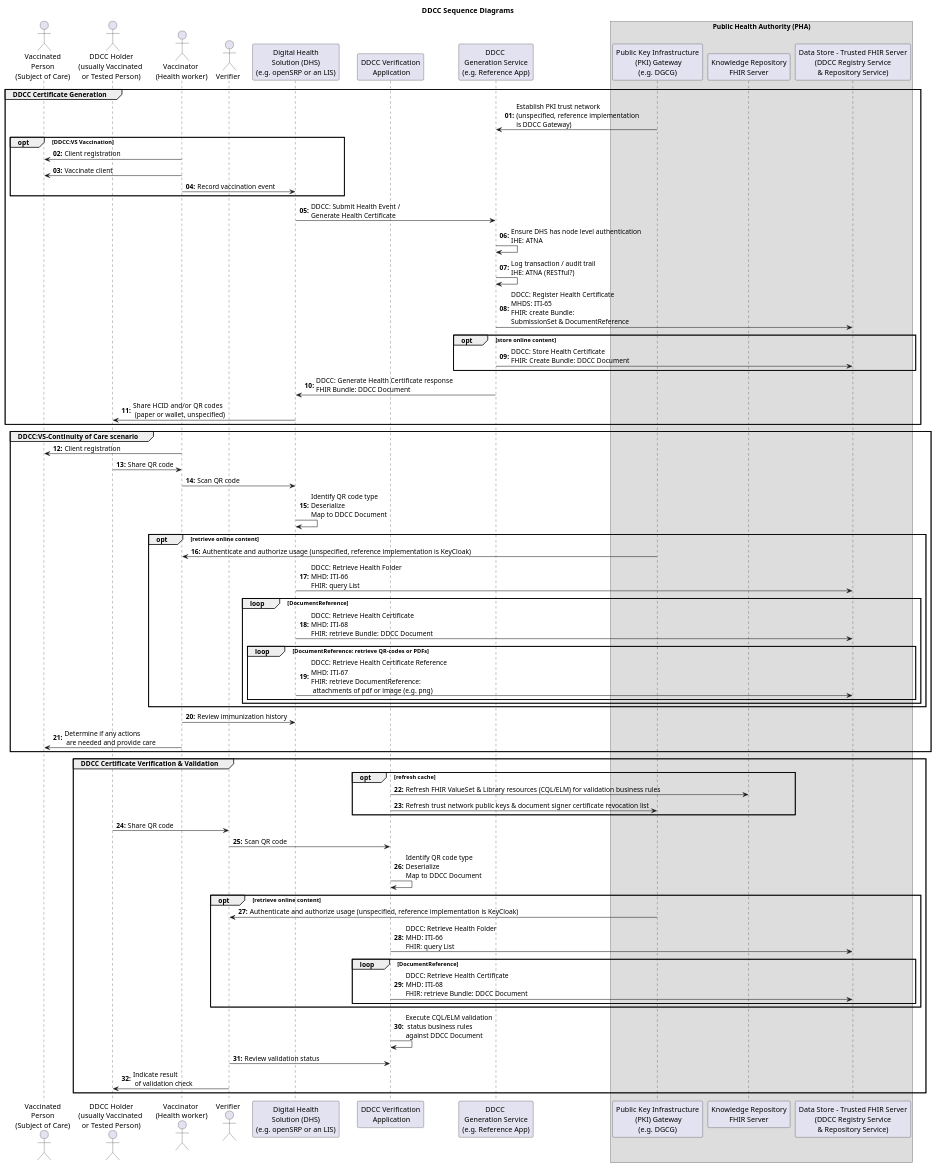
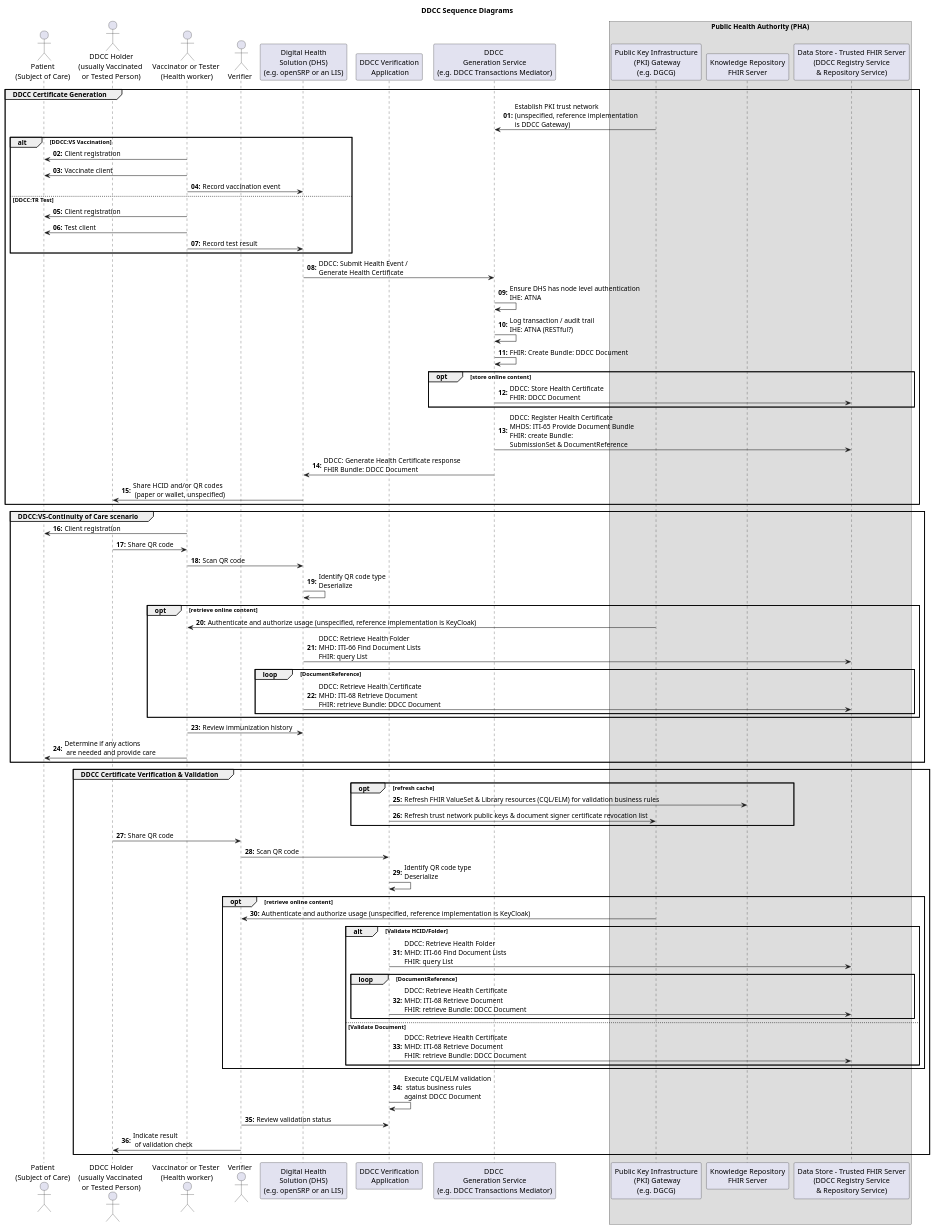
The diagram in input/images-source/workflows.plantuml (WorldHealthOrganization/ddcc), drawn with PlantUML before and after one commit.

Commit message:
Updated workflows uml.

```diff
--- a/input/images-source/workflows.plantuml
+++ b/input/images-source/workflows.plantuml
@@ -1,96 +1,102 @@
 @startuml
 skinparam svgDimensionStyle false
 
 title DDCC Sequence Diagrams
 
 
 
-actor "Vaccinated\nPerson\n(Subject of Care)" as VP
+actor "Patient\n(Subject of Care)" as VP
 actor "DDCC Holder\n(usually Vaccinated \nor Tested Person)" as DH
-actor "Vaccinator\n (Health worker)" as HW
+actor "Vaccinator or Tester\n (Health worker)" as HW
 actor "Verifier" as VER
 participant "Digital Health\nSolution (DHS)\n(e.g. openSRP or an LIS)" as DHS
 participant "DDCC Verification\n Application" as VAP
-participant "DDCC \nGeneration Service\n(e.g. Reference App)" as CGS
+participant "DDCC \nGeneration Service\n(e.g. DDCC Transactions Mediator)" as CGS
 
 box "Public Health Authority (PHA)"
 
    participant "Public Key Infrastructure\n (PKI) Gateway\n(e.g. DGCG)" as GATE
    participant "Knowledge Repository\nFHIR Server" as KM
    participant "Data Store - Trusted FHIR Server\n(DDCC Registry Service\n& Repository Service)"  as SHR
 end box
 
 autonumber "<b>00:</b>"
 
 group DDCC Certificate Generation
     GATE->CGS: Establish PKI trust network\n(unspecified, reference implementation\nis DDCC Gateway)
     
-    opt DDCC:VS Vaccination 
+    alt DDCC:VS Vaccination 
    	 HW->VP: Client registration
    	 HW->VP: Vaccinate client
-    	HW->DHS: Record vaccination event
+     HW->DHS: Record vaccination event
+    else DDCC:TR Test
+     HW->VP: Client registration
+     HW->VP: Test client
+     HW->DHS: Record test result
     end
     
     DHS->CGS: DDCC: Submit Health Event /\nGenerate Health Certificate
 
     CGS->CGS: Ensure DHS has node level authentication\nIHE: ATNA
     CGS->CGS: Log transaction / audit trail\nIHE: ATNA (RESTful?)
-    CGS->SHR: DDCC: Register Health Certificate\nMHDS: ITI-65\nFHIR: create Bundle: \nSubmissionSet & DocumentReference
+    CGS->CGS: FHIR: Create Bundle: DDCC Document
+    opt store online content
+         CGS->SHR: DDCC: Store Health Certificate\nFHIR: DDCC Document
+    end
+    CGS->SHR: DDCC: Register Health Certificate\nMHDS: ITI-65 Provide Document Bundle\nFHIR: create Bundle: \nSubmissionSet & DocumentReference
 
-    opt store online content
-         CGS->SHR: DDCC: Store Health Certificate\nFHIR: Create Bundle: DDCC Document
-    end
+
 
     CGS->DHS: DDCC: Generate Health Certificate response\nFHIR Bundle: DDCC Document
     DHS->DH: Share HCID and/or QR codes\n (paper or wallet, unspecified)
 end 
 
 group DDCC:VS-Continuity of Care scenario
     HW->VP: Client registration
     DH->HW: Share QR code
 
     HW->DHS: Scan QR code
-    DHS->DHS: Identify QR code type\nDeserialize\nMap to DDCC Document
+    DHS->DHS: Identify QR code type\nDeserialize
     opt  retrieve online content
         GATE->HW: Authenticate and authorize usage (unspecified, reference implementation is KeyCloak)
-        DHS->SHR: DDCC: Retrieve Health Folder\nMHD: ITI-66\nFHIR: query List
+        DHS->SHR: DDCC: Retrieve Health Folder\nMHD: ITI-66 Find Document Lists\nFHIR: query List
         loop DocumentReference
-           DHS->SHR: DDCC: Retrieve Health Certificate\nMHD: ITI-68\nFHIR: retrieve Bundle: DDCC Document
-           loop DocumentReference: retrieve QR-codes or PDFs
-               DHS->SHR: DDCC: Retrieve Health Certificate Reference\nMHD: ITI-67\nFHIR: retrieve DocumentReference:\n attachments of pdf or image (e.g. png)
-            end
+           DHS->SHR: DDCC: Retrieve Health Certificate\nMHD: ITI-68 Retrieve Document\nFHIR: retrieve Bundle: DDCC Document
         end
     end
     HW->DHS: Review immunization history
     HW->VP: Determine if any actions\n are needed and provide care
 end
 
 group DDCC Certificate Verification & Validation
 
     opt refresh cache
         VAP->KM: Refresh FHIR ValueSet & Library resources (CQL/ELM) for validation business rules
 	VAP->GATE: Refresh trust network public keys & document signer certificate revocation list
     end 
 
     DH->VER: Share QR code
     VER->VAP: Scan QR code
-    VAP->VAP: Identify QR code type\nDeserialize\nMap to DDCC Document
+    VAP->VAP: Identify QR code type\nDeserialize
 
     opt  retrieve online content
         GATE->VER: Authenticate and authorize usage (unspecified, reference implementation is KeyCloak)
-
-        VAP->SHR: DDCC: Retrieve Health Folder\nMHD: ITI-66\nFHIR: query List
-        loop DocumentReference
-           VAP->SHR: DDCC: Retrieve Health Certificate\nMHD: ITI-68\nFHIR: retrieve Bundle: DDCC Document
+        alt Validate HCID/Folder
+          VAP->SHR: DDCC: Retrieve Health Folder\nMHD: ITI-66 Find Document Lists\nFHIR: query List
+          loop DocumentReference
+            VAP->SHR: DDCC: Retrieve Health Certificate\nMHD: ITI-68 Retrieve Document\nFHIR: retrieve Bundle: DDCC Document
+          end
+        else Validate Document
+          VAP->SHR: DDCC: Retrieve Health Certificate\nMHD: ITI-68 Retrieve Document\nFHIR: retrieve Bundle: DDCC Document
         end
     end
 
     VAP->VAP: Execute CQL/ELM validation\n status business rules\nagainst DDCC Document
     VER->VAP: Review validation status
     VER->DH: Indicate result\n of validation check
 end
 
 
 
 
 @enduml
```
